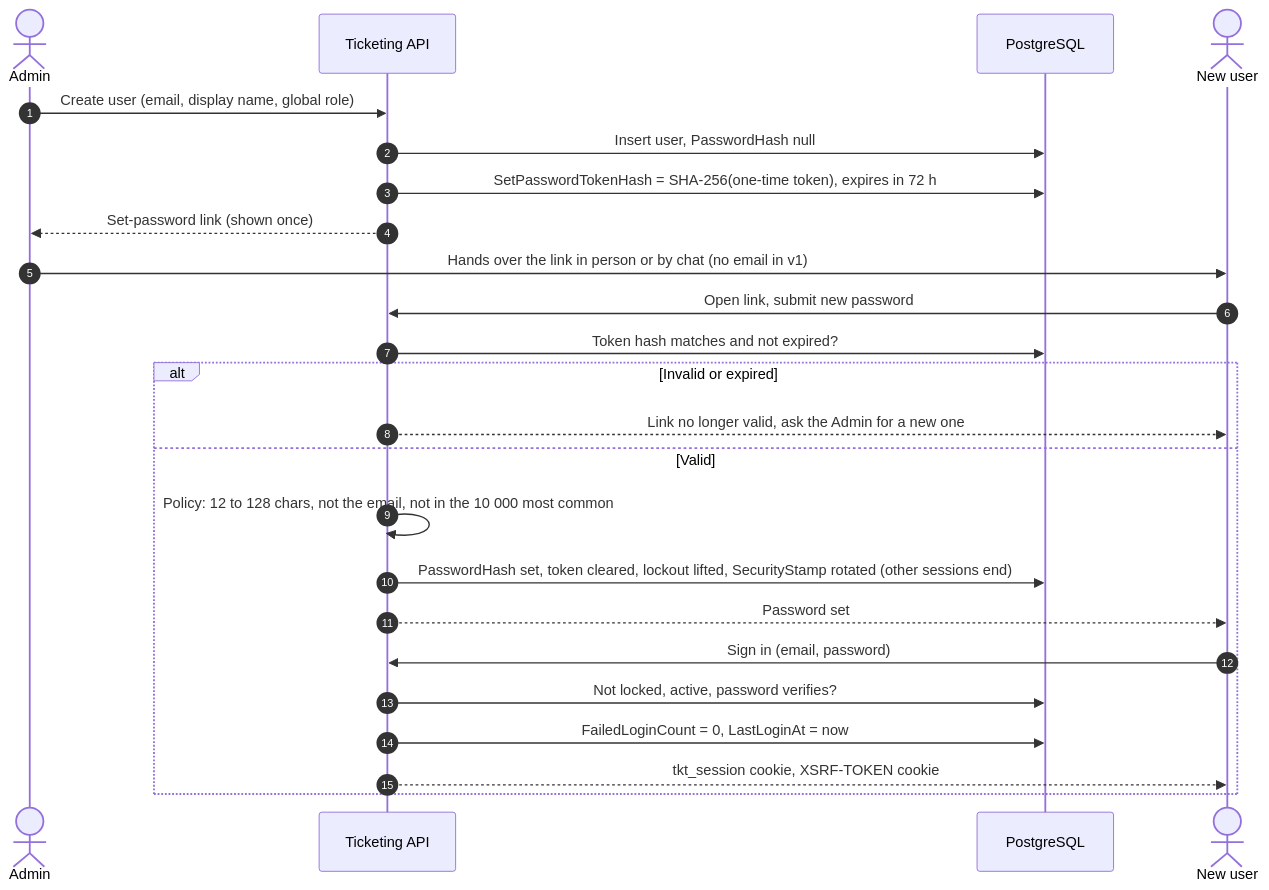
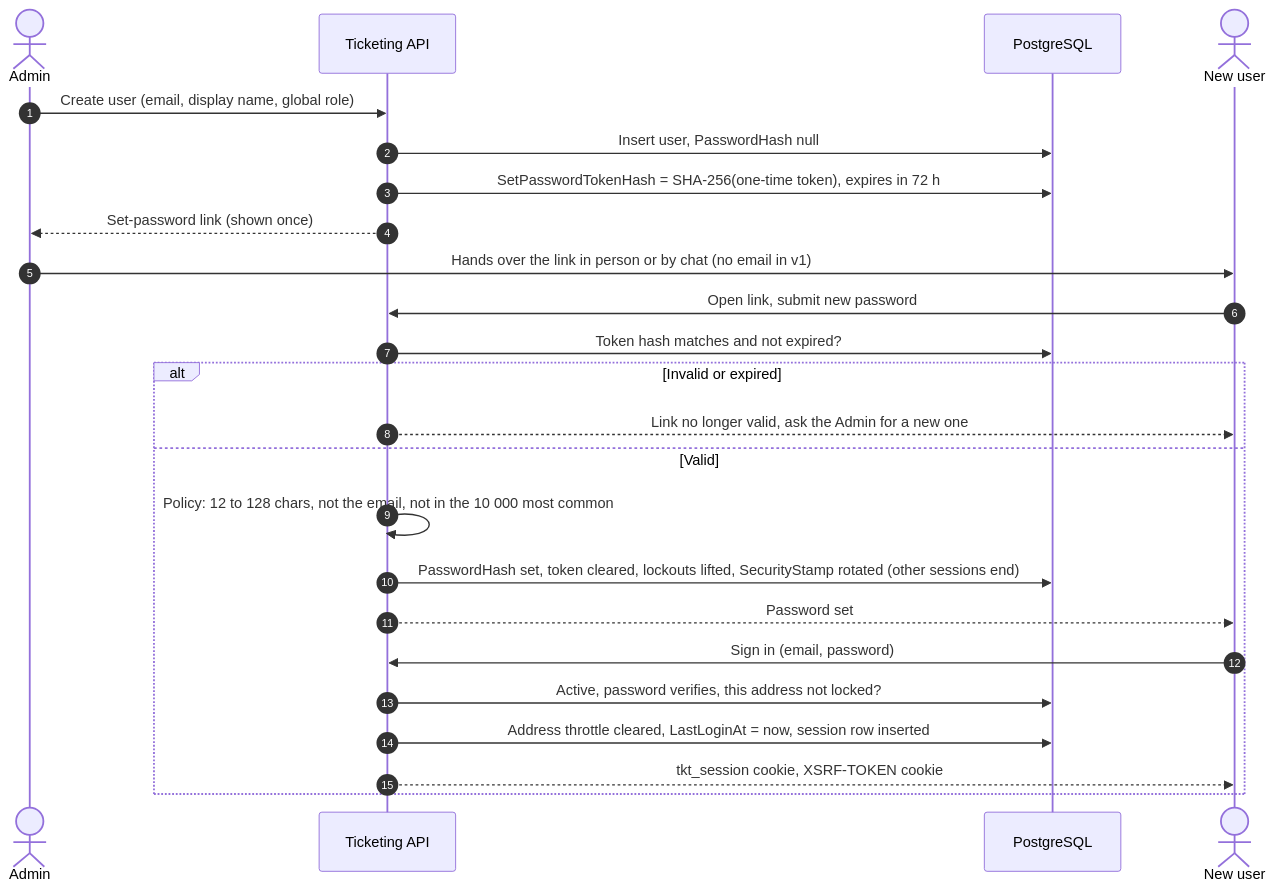
One commit to BrysAdamed/ticketing changed diagram 17 of 22 in docs/domain/workflows.md. Above: the diagram before and after it, drawn with Mermaid. The commit also changed other lines of this file and 17 other files, not shown here.

````diff
--- a/docs/domain/workflows.md
+++ b/docs/domain/workflows.md
@@ -448,26 +448,26 @@
 ```mermaid
 sequenceDiagram
     autonumber
     actor A as Admin
     participant API as Ticketing API
     participant DB as PostgreSQL
     actor N as New user
     A->>API: Create user (email, display name, global role)
     API->>DB: Insert user, PasswordHash null
     API->>DB: SetPasswordTokenHash = SHA-256(one-time token), expires in 72 h
     API-->>A: Set-password link (shown once)
     A->>N: Hands over the link in person or by chat (no email in v1)
     N->>API: Open link, submit new password
     API->>DB: Token hash matches and not expired?
     alt Invalid or expired
         API-->>N: Link no longer valid, ask the Admin for a new one
     else Valid
         API->>API: Policy: 12 to 128 chars, not the email, not in the 10 000 most common
-        API->>DB: PasswordHash set, token cleared, lockout lifted, SecurityStamp rotated (other sessions end)
+        API->>DB: PasswordHash set, token cleared, lockouts lifted, SecurityStamp rotated (other sessions end)
         API-->>N: Password set
         N->>API: Sign in (email, password)
-        API->>DB: Not locked, active, password verifies?
-        API->>DB: FailedLoginCount = 0, LastLoginAt = now
+        API->>DB: Active, password verifies, this address not locked?
+        API->>DB: Address throttle cleared, LastLoginAt = now, session row inserted
         API-->>N: tkt_session cookie, XSRF-TOKEN cookie
     end
 ```
````
